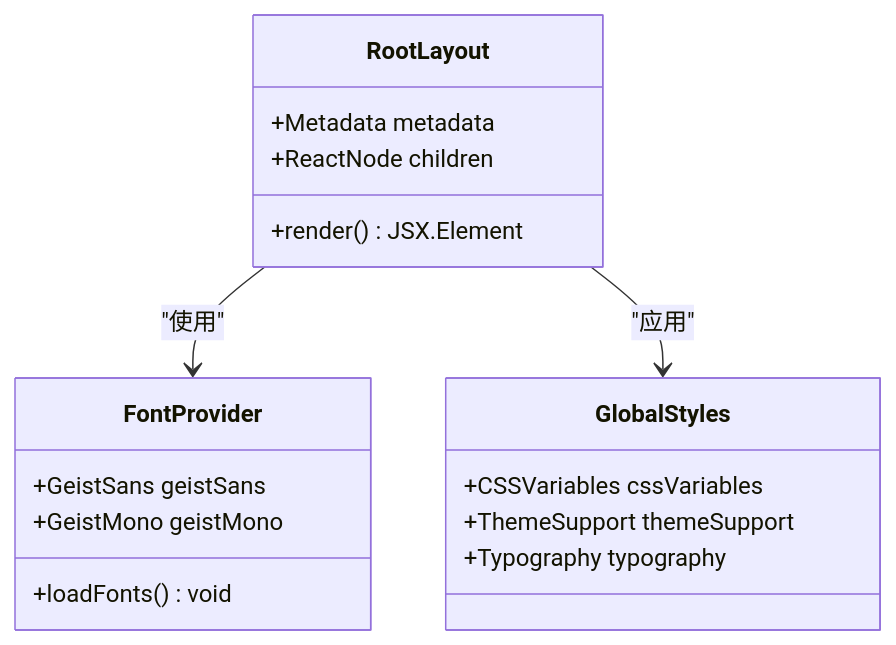
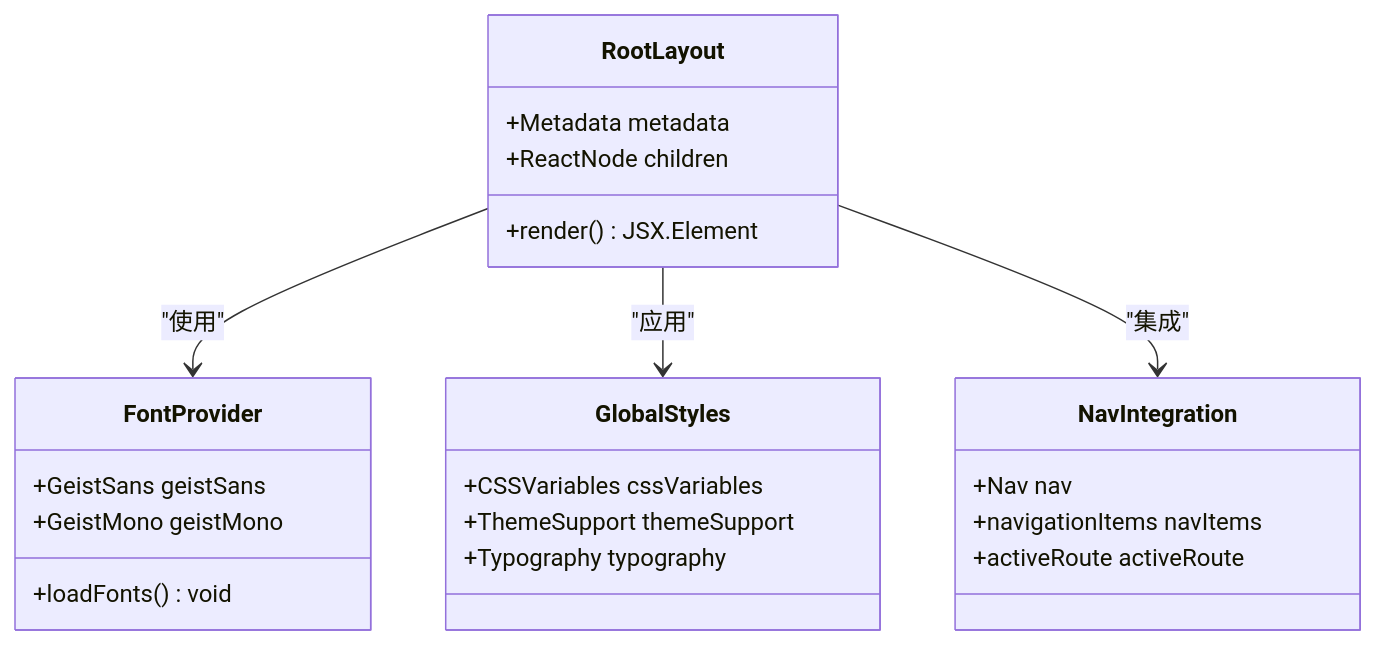
Before and after one commit to caoLei1997/Blog: the second of 11 diagrams in .qoder/repowiki/zh/content/组件开发指南/组件开发指南.md, drawn with Mermaid. The commit also changed other lines of this file and 27 other files, not shown here.

````diff
--- a/.qoder/repowiki/zh/content/组件开发指南/组件开发指南.md
+++ b/.qoder/repowiki/zh/content/组件开发指南/组件开发指南.md
@@ -86,20 +125,26 @@
 ```mermaid
 classDiagram
 class RootLayout {
 +Metadata metadata
 +ReactNode children
 +render() JSX.Element
 }
 class FontProvider {
 +GeistSans geistSans
 +GeistMono geistMono
 +loadFonts() void
 }
 class GlobalStyles {
 +CSSVariables cssVariables
 +ThemeSupport themeSupport
 +Typography typography
 }
+class NavIntegration {
++Nav nav
++navigationItems navItems
++activeRoute activeRoute
+}
 RootLayout --> FontProvider : "使用"
 RootLayout --> GlobalStyles : "应用"
+RootLayout --> NavIntegration : "集成"
 ```
````
